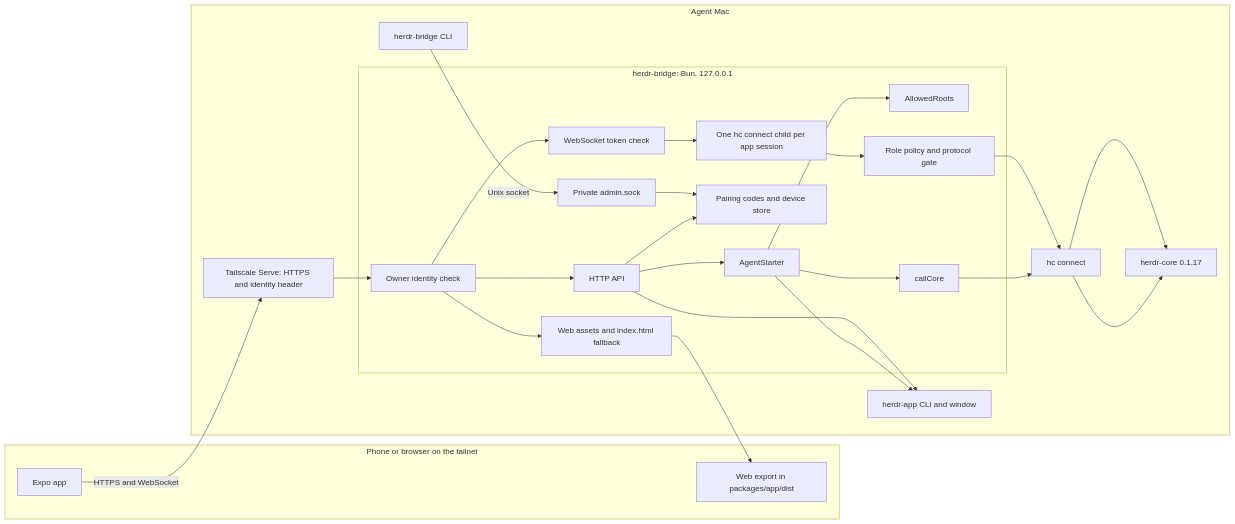
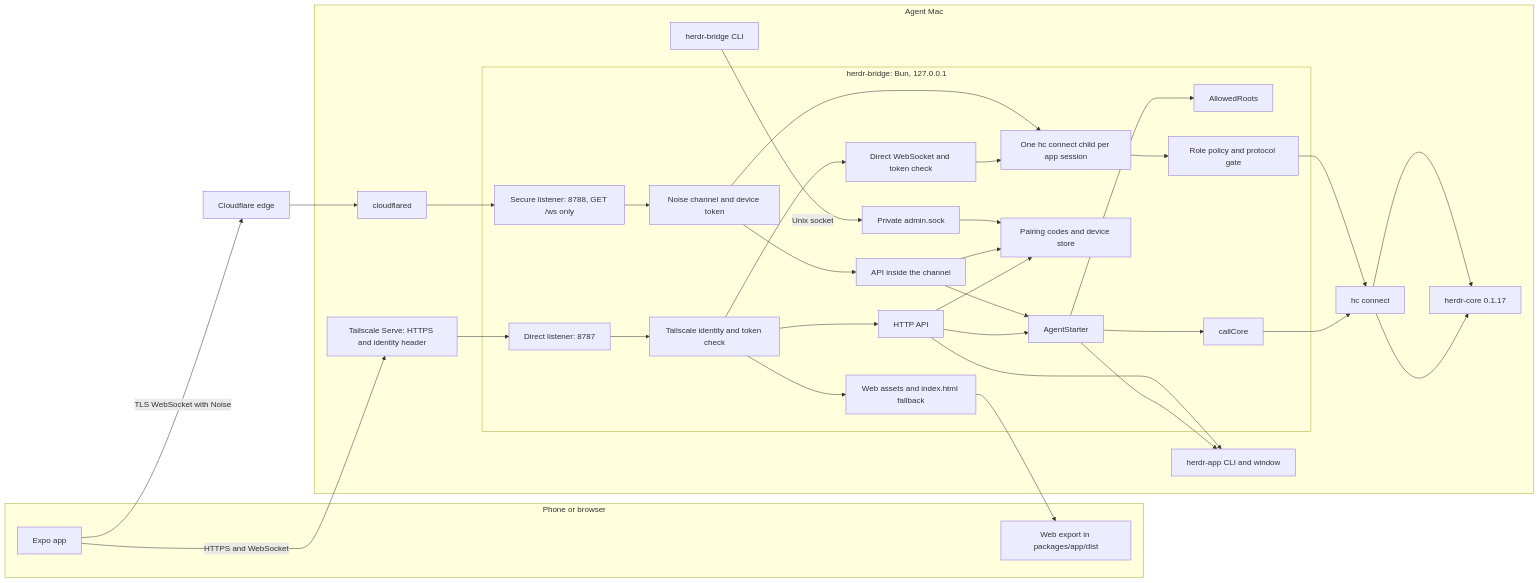
Before and after one commit to 0xroylee/herdr-mobile-app: the diagram in docs/architecture.md, drawn with Mermaid. The commit also changed other lines of this file and 7 other files, not shown here.

````diff
--- a/docs/architecture.md
+++ b/docs/architecture.md
@@ -7,42 +7,52 @@
 ```mermaid
 flowchart LR
-  subgraph client["Phone or browser on the tailnet"]
+  subgraph client["Phone or browser"]
     app["Expo app"]
     web["Web export in packages/app/dist"]
   end
 
+  edge["Cloudflare edge"]
   subgraph mac["Agent Mac"]
     serve["Tailscale Serve: HTTPS and identity header"]
+    cloudflared["cloudflared"]
     subgraph bridge["herdr-bridge: Bun, 127.0.0.1"]
-      identity["Owner identity check"]
+      direct["Direct listener: 8787"]
+      secure["Secure listener: 8788, GET /ws only"]
+      identity["Tailscale identity and token check"]
+      channel["Noise channel and device token"]
       api["HTTP API"]
+      channelApi["API inside the channel"]
       starter["AgentStarter"]
       roots["AllowedRoots"]
       corecall["callCore"]
       pairing["Pairing codes and device store"]
       static["Web assets and index.html fallback"]
-      ws["WebSocket token check"]
+      ws["Direct WebSocket and token check"]
       session["One hc connect child per app session"]
       gate["Role policy and protocol gate"]
       admin["Private admin.sock"]
     end
     cli["herdr-bridge CLI"]
     hc["hc connect"]
     core["herdr-core 0.1.17"]
     herdr["herdr-app CLI and window"]
   end
 
-  app -- "HTTPS and WebSocket" --> serve --> identity
+  app -- "HTTPS and WebSocket" --> serve --> direct --> identity
+  app -- "TLS WebSocket with Noise" --> edge --> cloudflared --> secure --> channel
   identity --> api
   api --> starter
   starter --> roots
   starter --> herdr
   starter --> corecall --> hc --> core
   api --> pairing
   identity --> static
   identity --> ws --> session --> gate --> hc --> core
+  channel --> session
+  channel --> channelApi --> starter
+  channelApi --> pairing
   static --> web
   api --> herdr
   cli -- "Unix socket" --> admin
   admin --> pairing
 ```
````
